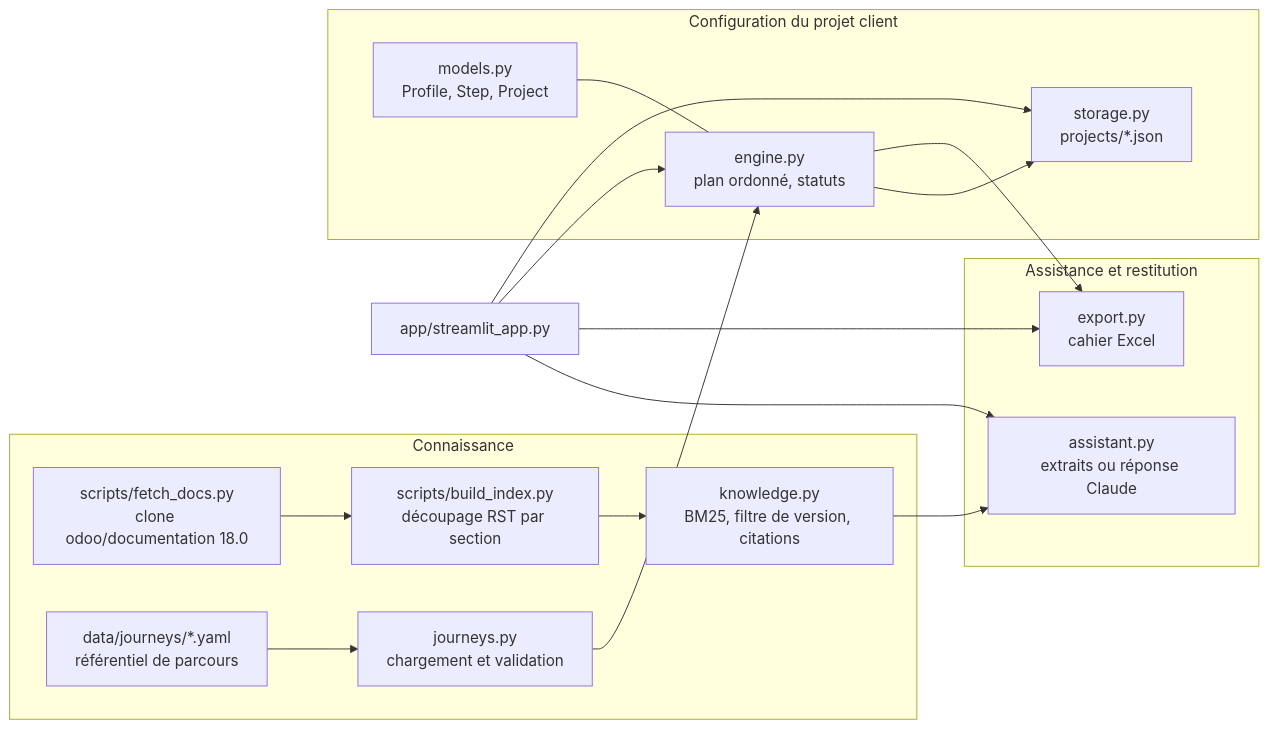
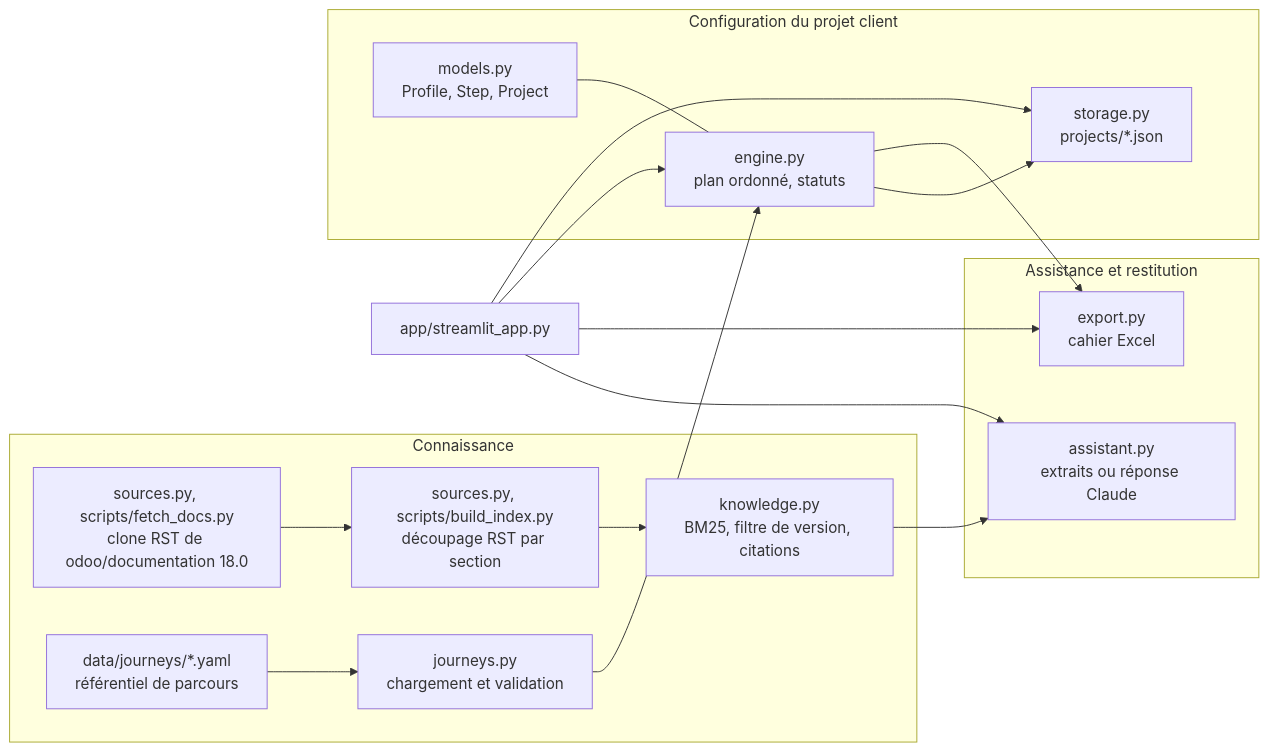
The diagram in docs/architecture.md (kamilbbm/odoo-config-assistant), drawn with Mermaid before and after one commit. The commit also changed other lines of this file and 15 other files, not shown here.

````diff
--- a/docs/architecture.md
+++ b/docs/architecture.md
@@ -10,28 +10,28 @@
 ```mermaid
 flowchart LR
     subgraph Connaissance
-        F[scripts/fetch_docs.py<br/>clone odoo/documentation 18.0]
-        B[scripts/build_index.py<br/>découpage RST par section]
+        F[sources.py, scripts/fetch_docs.py<br/>clone RST de odoo/documentation 18.0]
+        B[sources.py, scripts/build_index.py<br/>découpage RST par section]
         K[knowledge.py<br/>BM25, filtre de version, citations]
         Y[data/journeys/*.yaml<br/>référentiel de parcours]
         J[journeys.py<br/>chargement et validation]
     end
     subgraph Projet["Configuration du projet client"]
         M[models.py<br/>Profile, Step, Project]
         E[engine.py<br/>plan ordonné, statuts]
         S[storage.py<br/>projects/*.json]
     end
     subgraph Restitution["Assistance et restitution"]
         A[assistant.py<br/>extraits ou réponse Claude]
         X[export.py<br/>cahier Excel]
     end
     UI[app/streamlit_app.py]
 
     F --> B --> K
     Y --> J --> E
     M --- E
     E --> S
     K --> A
     E --> X
     UI --> E & A & X & S
 ```
````
